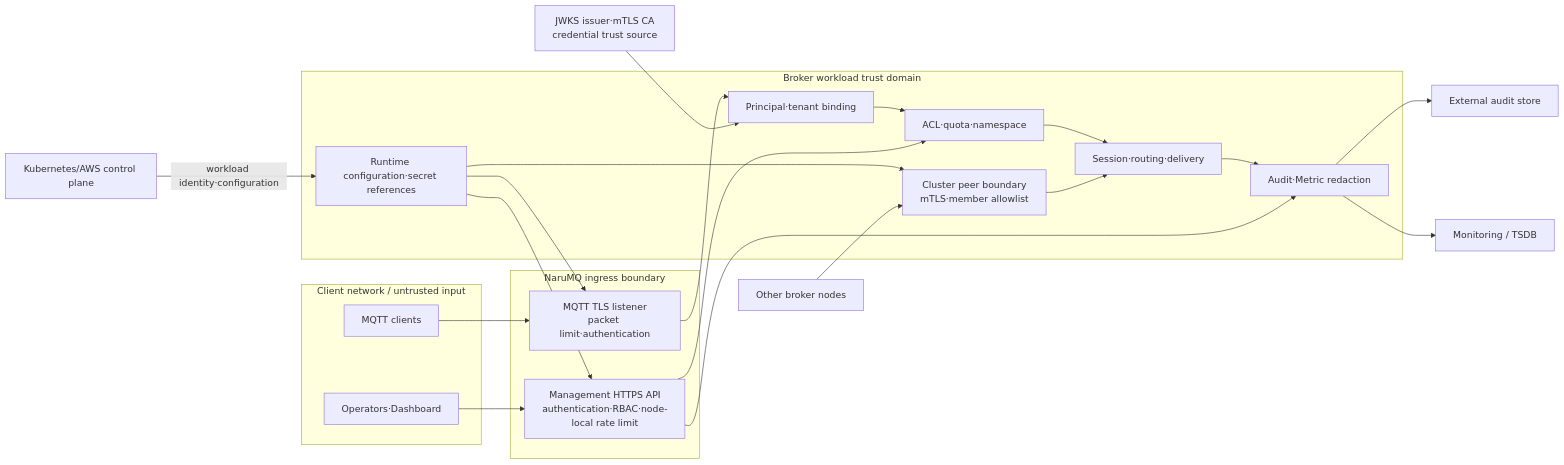
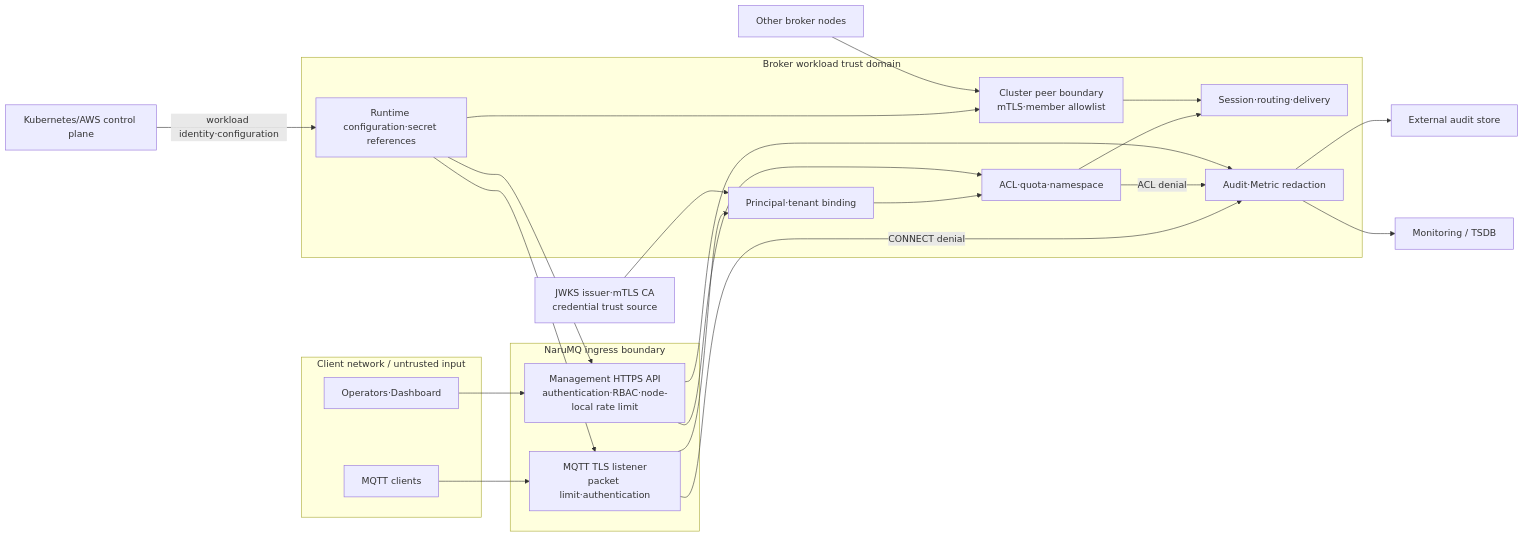
One commit to kayden-kim/narumq changed the diagram in docs/architectures/security-boundaries.md. Above: the diagram before and after it, drawn with Mermaid. The commit also changed other lines of this file and 31 other files, not shown here.

Commit message:
feat(audit): record MQTT data-plane denials

````diff
--- a/docs/architectures/security-boundaries.md
+++ b/docs/architectures/security-boundaries.md
@@ -23,45 +23,46 @@
 ```mermaid
 flowchart LR
     subgraph ClientZone["Client network / untrusted input"]
         Clients["MQTT clients"]
         Admins["Operators·Dashboard"]
     end
 
     subgraph EdgeZone["NaruMQ ingress boundary"]
         MQTT["MQTT TLS listener\npacket limit·authentication"]
         API["Management HTTPS API\nauthentication·RBAC·node-local rate limit"]
     end
 
     subgraph WorkloadZone["Broker workload trust domain"]
         Principal["Principal·tenant binding"]
         Policy["ACL·quota·namespace"]
         Domain["Session·routing·delivery"]
         Peer["Cluster peer boundary\nmTLS·member allowlist"]
         Runtime["Runtime configuration·secret references"]
         AuditAdapter["Audit·Metric redaction"]
     end
 
     IdP["JWKS issuer·mTLS CA\ncredential trust source"]
     K8s["Kubernetes/AWS control plane"]
     Peers["Other broker nodes"]
     Audit["External audit store"]
     Monitor["Monitoring / TSDB"]
 
     Clients --> MQTT
     MQTT --> Principal
+    MQTT -->|"CONNECT denial"| AuditAdapter
     IdP --> Principal
     Principal --> Policy
     Policy --> Domain
     Admins --> API
     API --> Policy
     K8s -->|"workload identity·configuration"| Runtime
     Runtime --> MQTT
     Runtime --> API
     Runtime --> Peer
     Peers --> Peer
     Peer --> Domain
-    Domain --> AuditAdapter
+    Policy -->|"ACL denial"| AuditAdapter
     API --> AuditAdapter
     AuditAdapter --> Audit
     AuditAdapter --> Monitor
 ```
````
